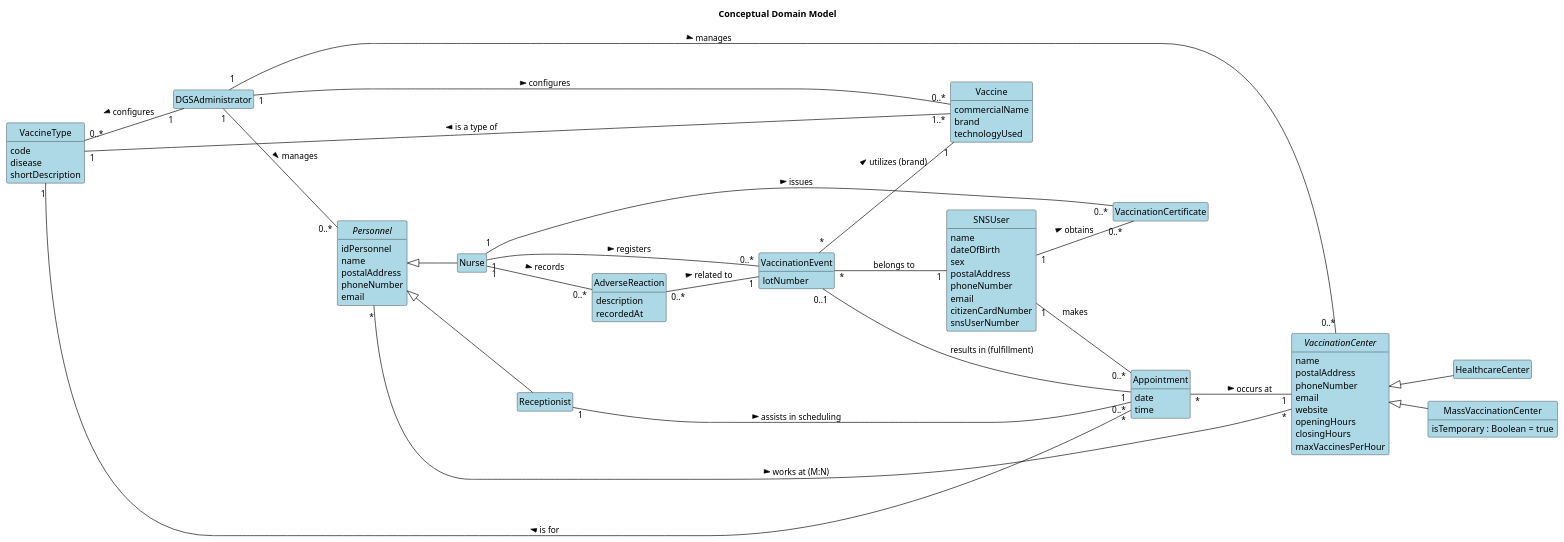
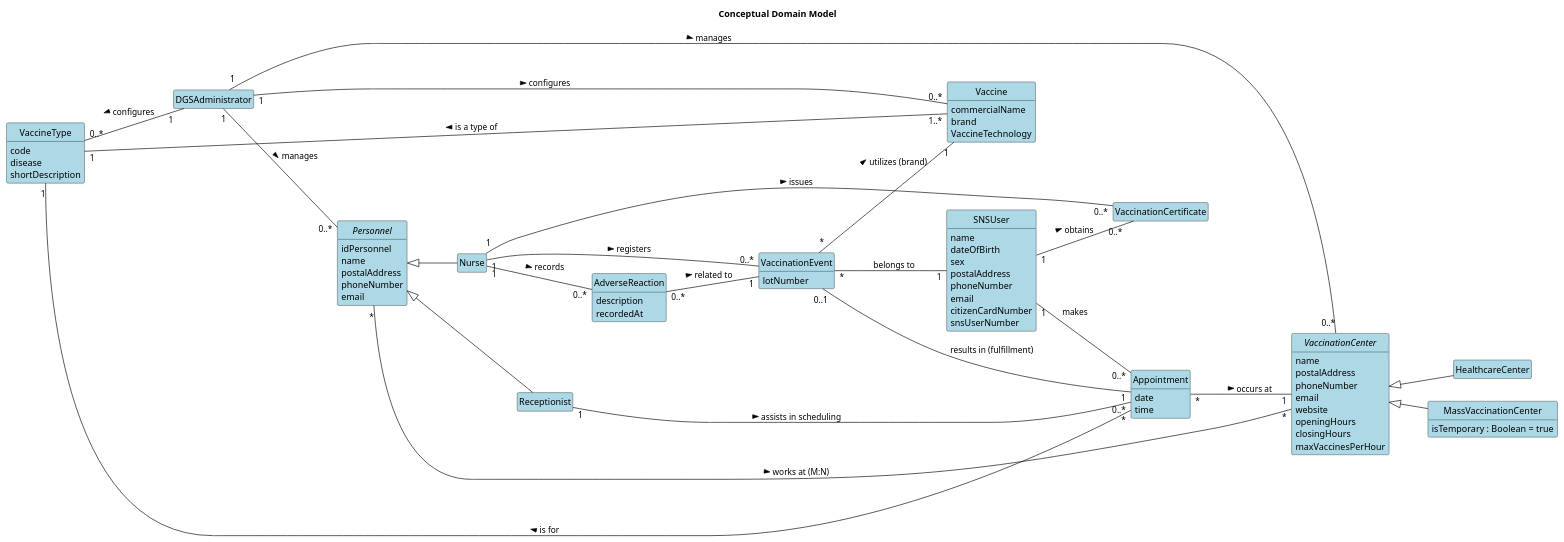
One commit to Vaz-iwnl/leti-esoft-25-26-A2 changed the diagram in docs/system-documentation/global-artifacts/puml/DomainModel.puml. Above: the diagram before and after it, drawn with PlantUML. The commit also changed 5 other files, not shown here.

```diff
--- a/docs/system-documentation/global-artifacts/puml/DomainModel.puml
+++ b/docs/system-documentation/global-artifacts/puml/DomainModel.puml
@@ -1,146 +1,146 @@
 @startuml
 ' --- Configuration (English) ---
 left to right direction
 
 skinparam class {
     BackgroundColor LightBlue
     BorderColor Black
     ArrowColor Black
 }
 skinparam ArrowColor Black
 hide empty members
 hide circle
 title Conceptual Domain Model
 
 ' ------------------------------------------------------------------
 ' --- Classes (Grouping via explicit positioning) ---
 ' ------------------------------------------------------------------
 
 ' --- Core Entities (Left Side) ---
 class SNSUser {
     name
     dateOfBirth
     sex
     postalAddress
     phoneNumber
     email
     citizenCardNumber
     snsUserNumber
 }
 
 class Appointment {
     date
     time
 }
 
 class VaccinationEvent {
     lotNumber
 }
 
 class VaccinationCertificate {
 }
 
 ' *** CLASSE ADICIONADA ***
 class AdverseReaction {
     description
     recordedAt
 }
 
 
 ' --- Personnel and Roles (Central/Top) ---
 abstract class Personnel {
     idPersonnel
     name
     postalAddress
     phoneNumber
     email
 }
 
 class Receptionist {
 }
 
 class Nurse {
 }
 
 class DGSAdministrator {
 }
 
 Personnel <|-- Receptionist
 Personnel <|-- Nurse
 
 
 ' --- Vaccines and Data (Bottom) ---
 class VaccineType {
     code
     disease
     shortDescription
 }
 
 class Vaccine {
     commercialName
     brand
-    technologyUsed
+    VaccineTechnology
 }
 
 
 ' --- Vaccination Centers (Right Side) ---
 abstract class VaccinationCenter {
     name
     postalAddress
     phoneNumber
     email
     website
     openingHours
     closingHours
     maxVaccinesPerHour
 }
 
 class HealthcareCenter {
 }
 
 class MassVaccinationCenter {
     isTemporary : Boolean = true
 }
 
 VaccinationCenter <|-- HealthcareCenter
 VaccinationCenter <|-- MassVaccinationCenter
 
 
 ' ------------------------------------------------------------------
 ' --- RELATIONSHIPS (RELACÕES E DIRECIONALIDADE) ---
 ' ------------------------------------------------------------------
 
 ' --- Core Flow (User -> Appointment -> Event) ---
 SNSUser "1" -- "0..*" Appointment : makes
 Appointment "1" -- "0..1" VaccinationEvent : results in (fulfillment)
 VaccinationEvent "*" -- "1" SNSUser :belongs to
 
 
 ' --- Centers and Logistics ---
 Appointment "*" -- "1" VaccinationCenter :> occurs at
 Personnel "*" -right- "*" VaccinationCenter : > works at (M:N)
 Receptionist "1" -down- "0..*" Appointment : > assists in scheduling
 
 
 ' --- Vaccines ---
 Vaccine "1..*" -- "1" VaccineType : > is a type of
 Appointment "*" -- "1" VaccineType : > is for
 VaccinationEvent "*" -- "1" Vaccine : > utilizes (brand)
 
 
 ' --- Documents and Nurse Actions ---
 SNSUser "1" -- "0..*" VaccinationCertificate :> obtains
 Nurse "1" -down- "0..*" VaccinationEvent :> registers
 Nurse "1" -right- "0..*" VaccinationCertificate : > issues
 
 ' *** RELAÇÕES ADICIONADAS ***
 Nurse "1" -- "0..*" AdverseReaction : > records
 AdverseReaction "0..*" -- "1" VaccinationEvent : > related to
 
 
 ' --- Administration and Management ---
 DGSAdministrator "1" --"0..*" VaccinationCenter : > manages
 DGSAdministrator "1" -- "0..*" Personnel : > manages
 DGSAdministrator "1" -- "0..*" Vaccine : > configures
 DGSAdministrator "1" -up- "0..*" VaccineType : > configures
 @enduml
```
